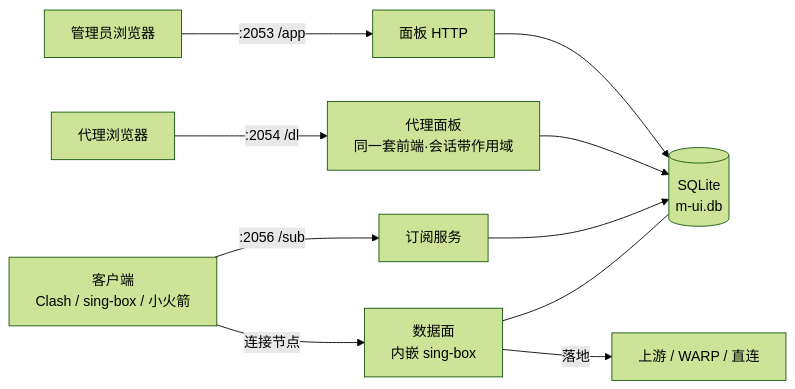
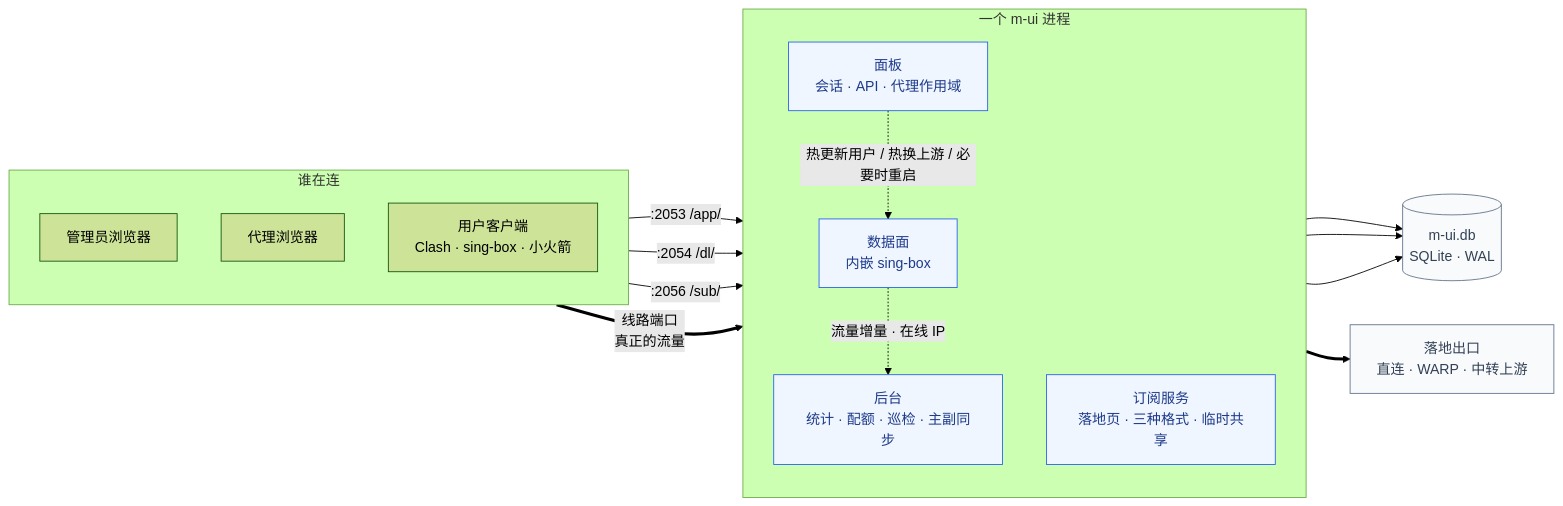
The first of 5 diagrams in README.md (Maoyangui/m-ui), drawn with Mermaid (forest theme) before and after one commit. The commit also changed other lines of this file and 13 other files, not shown here.

````diff
--- a/README.md
+++ b/README.md
@@ -45,12 +47,33 @@
 ```mermaid
 flowchart LR
-  A[管理员浏览器] -->|:2053 /app| P[面板 HTTP]
-  R[代理浏览器] -->|:2054 /dl| D[代理面板<br/>同一套前端·会话带作用域]
-  C[客户端<br/>Clash / sing-box / 小火箭] -->|:2056 /sub| S[订阅服务]
-  C -->|连接节点| X[数据面<br/>内嵌 sing-box]
-  P --> DB[(SQLite<br/>m-ui.db)]
-  D --> DB
-  S --> DB
-  X --- DB
-  X -->|落地| U[上游 / WARP / 直连]
+  subgraph WHO["谁在连"]
+    direction TB
+    ADM["管理员浏览器"]
+    DLR["代理浏览器"]
+    APP["用户客户端<br/>Clash · sing-box · 小火箭"]
+  end
+
+  subgraph PROC["一个 m-ui 进程"]
+    direction TB
+    WEB["面板<br/>会话 · API · 代理作用域"]
+    SUB["订阅服务<br/>落地页 · 三种格式 · 临时共享"]
+    CORE["数据面<br/>内嵌 sing-box"]
+    BG["后台<br/>统计 · 配额 · 巡检 · 主副同步"]
+  end
+
+  ADM -->|":2053 /app/"| WEB
+  DLR -->|":2054 /dl/"| WEB
+  APP -->|":2056 /sub/"| SUB
+  APP ==>|"线路端口<br/>真正的流量"| CORE
+  WEB -.->|"热更新用户 / 热换上游 / 必要时重启"| CORE
+  CORE -.->|"流量增量 · 在线 IP"| BG
+  WEB --> DB[("m-ui.db<br/>SQLite · WAL")]
+  SUB --> DB
+  BG --> DB
+  CORE ==> OUT["落地出口<br/>直连 · WARP · 中转上游"]
+
+  classDef box fill:#eff6ff,stroke:#2563eb,color:#1e3a8a
+  classDef store fill:#f8fafc,stroke:#64748b,color:#334155
+  class WEB,SUB,CORE,BG box
+  class DB,OUT store
 ```
````
